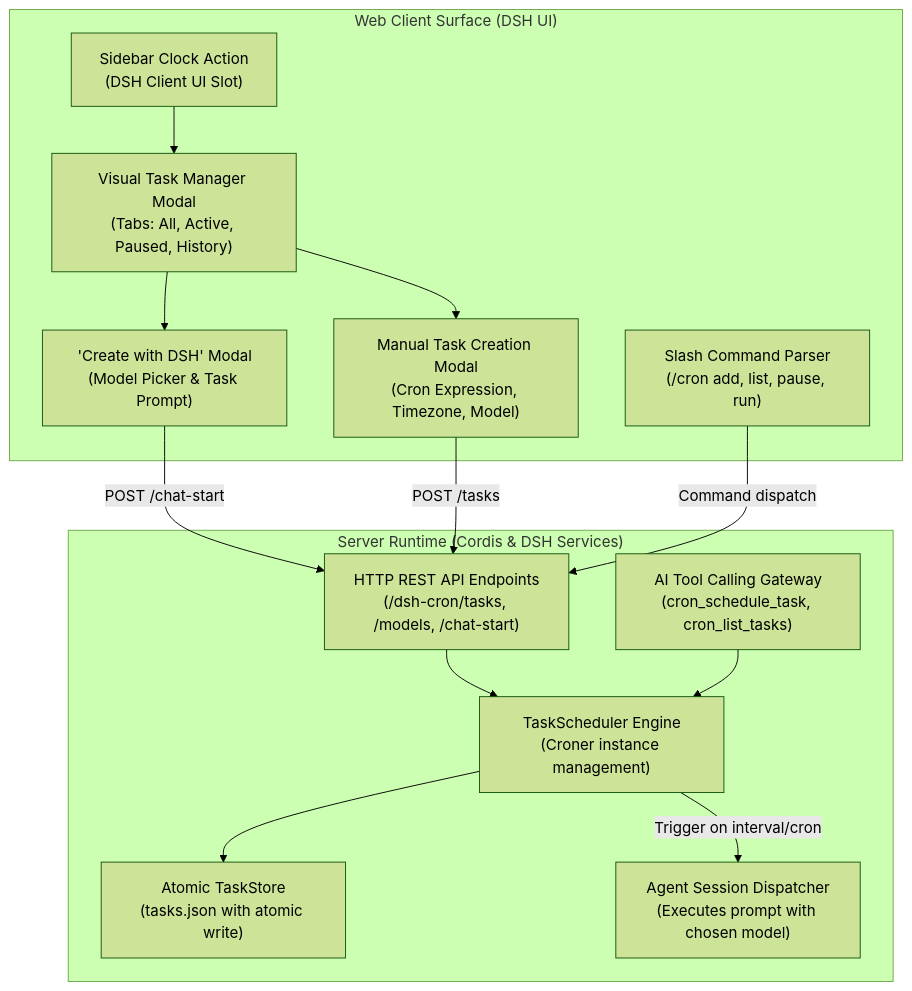
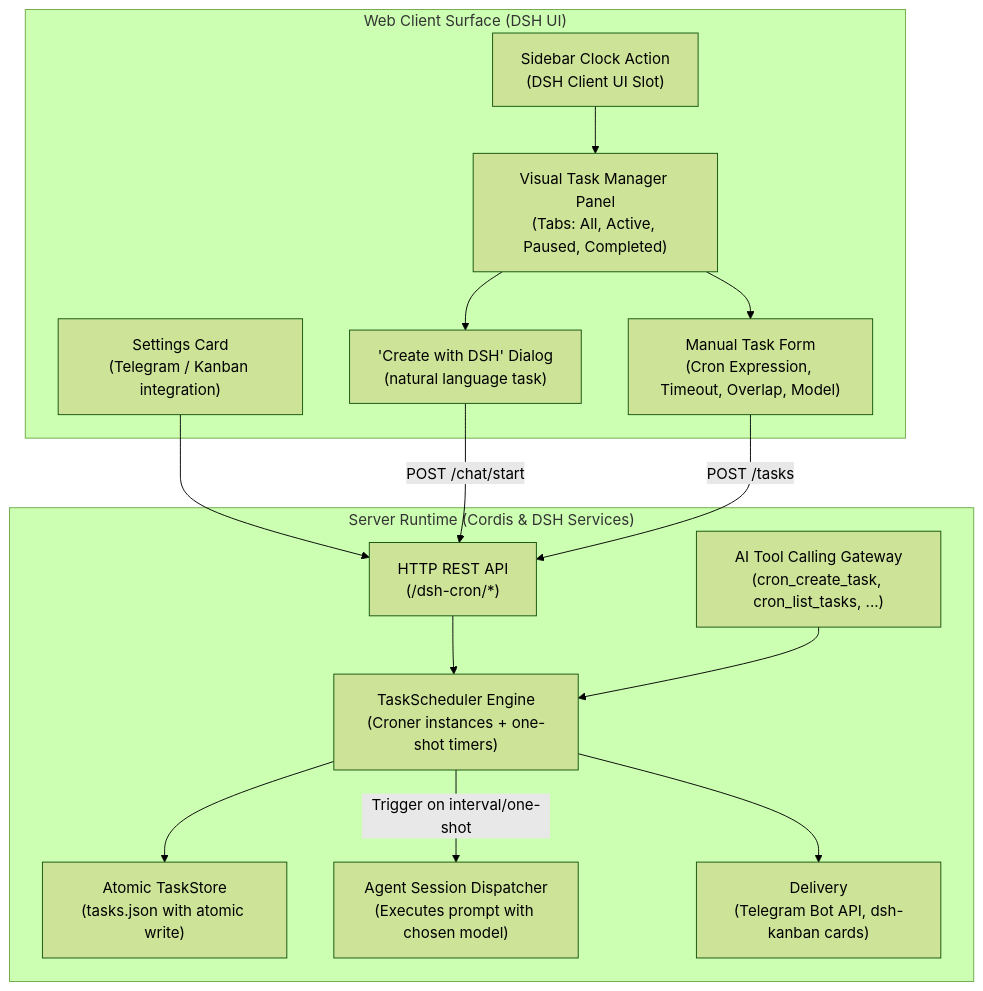
Before and after one commit to GooDAnDReaDY/dsh-cron: the diagram in README.md, drawn with Mermaid (forest theme). The commit also changed other lines of this file and 3 other files, not shown here.

````diff
--- a/README.md
+++ b/README.md
@@ -44,29 +43,31 @@
 ```mermaid
 graph TD
     subgraph Client ["Web Client Surface (DSH UI)"]
         SidebarBtn["Sidebar Clock Action<br/>(DSH Client UI Slot)"]
-        Overlay["Visual Task Manager Modal<br/>(Tabs: All, Active, Paused, History)"]
-        CreateWithDSH["'Create with DSH' Modal<br/>(Model Picker & Task Prompt)"]
-        ManualForm["Manual Task Creation Modal<br/>(Cron Expression, Timezone, Model)"]
-        SlashCmd["Slash Command Parser<br/>(/cron add, list, pause, run)"]
+        Overlay["Visual Task Manager Panel<br/>(Tabs: All, Active, Paused, Completed)"]
+        CreateWithDSH["'Create with DSH' Dialog<br/>(natural language task)"]
+        ManualForm["Manual Task Form<br/>(Cron Expression, Timeout, Overlap, Model)"]
+        SettingsCard["Settings Card<br/>(Telegram / Kanban integration)"]
     end
 
     subgraph Server ["Server Runtime (Cordis & DSH Services)"]
-        HttpRoutes["HTTP REST API Endpoints<br/>(/dsh-cron/tasks, /models, /chat-start)"]
-        AgentTools["AI Tool Calling Gateway<br/>(cron_schedule_task, cron_list_tasks)"]
-        Scheduler["TaskScheduler Engine<br/>(Croner instance management)"]
+        HttpRoutes["HTTP REST API<br/>(/dsh-cron/*)"]
+        AgentTools["AI Tool Calling Gateway<br/>(cron_create_task, cron_list_tasks, ...)"]
+        Scheduler["TaskScheduler Engine<br/>(Croner instances + one-shot timers)"]
         Store["Atomic TaskStore<br/>(tasks.json with atomic write)"]
         AgentRunner["Agent Session Dispatcher<br/>(Executes prompt with chosen model)"]
+        Notify["Delivery<br/>(Telegram Bot API, dsh-kanban cards)"]
     end
 
     SidebarBtn --> Overlay
     Overlay --> CreateWithDSH
     Overlay --> ManualForm
-    CreateWithDSH -->|POST /chat-start| HttpRoutes
+    SettingsCard --> HttpRoutes
+    CreateWithDSH -->|POST /chat/start| HttpRoutes
     ManualForm -->|POST /tasks| HttpRoutes
-    SlashCmd -->|Command dispatch| HttpRoutes
     HttpRoutes --> Scheduler
     AgentTools --> Scheduler
     Scheduler --> Store
-    Scheduler -->|Trigger on interval/cron| AgentRunner
+    Scheduler -->|Trigger on interval/one-shot| AgentRunner
+    Scheduler --> Notify
 ```
````
